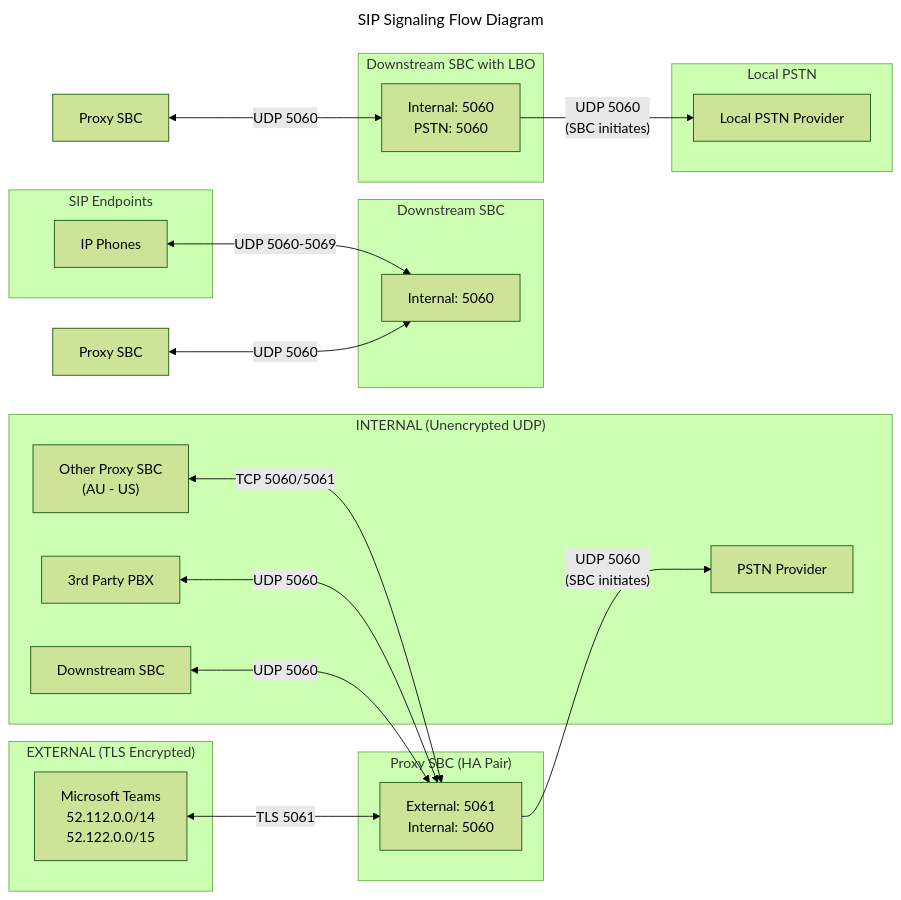
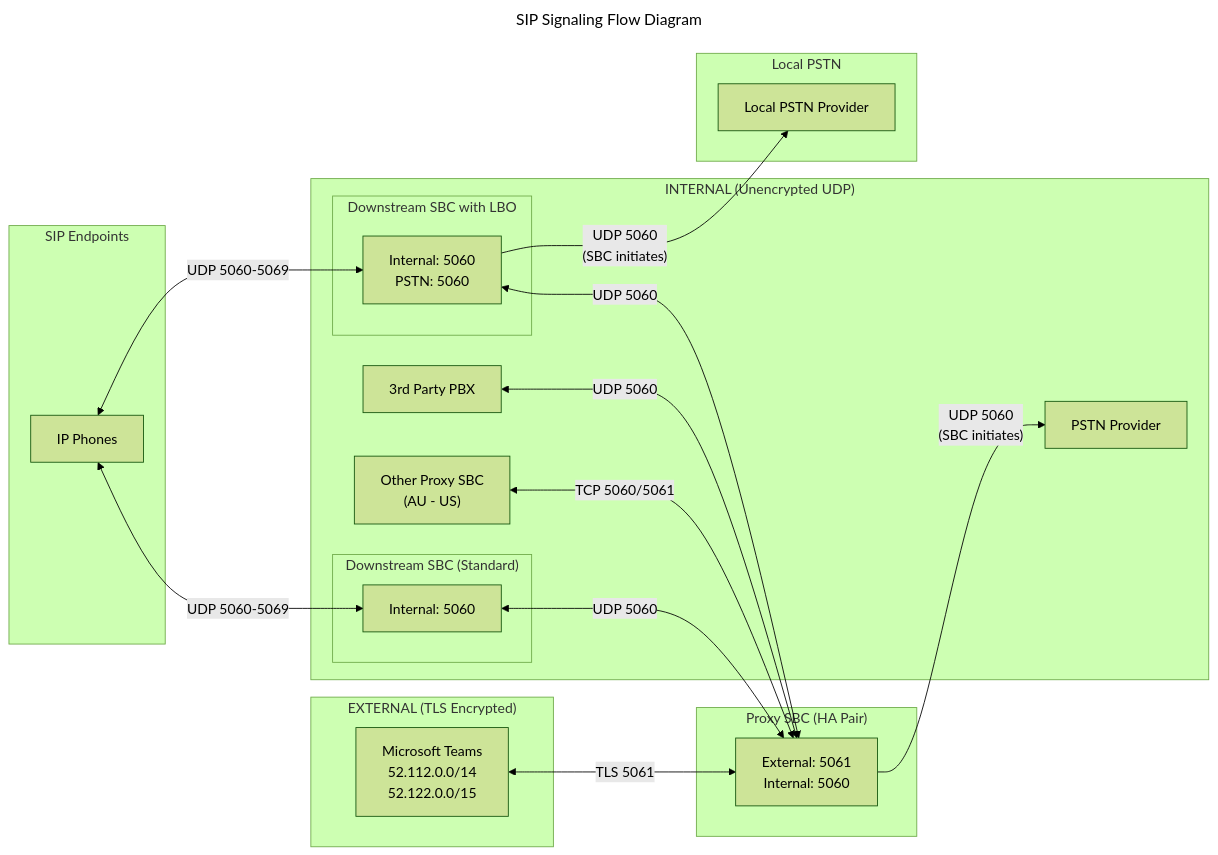
Before and after one commit to kevinsing999/public: diagram 13 of 26 in AudioCodes-AWS-Deployment-Guide.md, drawn with Mermaid (forest theme). The commit also changed other lines of this file and 12 other files, not shown here.

````diff
--- a/AudioCodes-AWS-Deployment-Guide.md
+++ b/AudioCodes-AWS-Deployment-Guide.md
@@ -3335,53 +3341,54 @@
 ```mermaid
 ---
 title: SIP Signaling Flow Diagram
 ---
 flowchart LR
     subgraph external["EXTERNAL (TLS Encrypted)"]
         Teams["Microsoft Teams<br/>52.112.0.0/14<br/>52.122.0.0/15"]
     end
 
+    subgraph proxy["Proxy SBC (HA Pair)"]
+        ProxySBC["External: 5061<br/>Internal: 5060"]
+    end
+
     subgraph internal["INTERNAL (Unencrypted UDP)"]
-        DownstreamSBC["Downstream SBC"]
         PSTN["PSTN Provider"]
         PBX["3rd Party PBX"]
         OtherProxy["Other Proxy SBC<br/>(AU - US)"]
+
+        subgraph downstream["Downstream SBC (Standard)"]
+            DownstreamSBC["Internal: 5060"]
+        end
+
+        subgraph downstreamLBO["Downstream SBC with LBO"]
+            DownstreamLBO["Internal: 5060<br/>PSTN: 5060"]
+        end
     end
 
-    subgraph proxy["Proxy SBC (HA Pair)"]
-        ProxySBC["External: 5061<br/>Internal: 5060"]
+    subgraph endpoints["SIP Endpoints"]
+        IPPhones["IP Phones"]
+    end
+
+    subgraph localPSTN["Local PSTN"]
+        LocalProvider["Local PSTN Provider"]
     end
 
     %% External TLS - Bidirectional
     Teams <-->|"TLS 5061"| ProxySBC
 
     %% Internal UDP - Bidirectional
     DownstreamSBC <-->|"UDP 5060"| ProxySBC
     PBX <-->|"UDP 5060"| ProxySBC
     OtherProxy <-->|"TCP 5060/5061"| ProxySBC
+    DownstreamLBO <-->|"UDP 5060"| ProxySBC
 
     %% Internal UDP - Unidirectional (SBC initiates)
     ProxySBC -->|"UDP 5060<br/>(SBC initiates)"| PSTN
 
-    subgraph downstream["Downstream SBC"]
-        DownstreamSBC2["Internal: 5060"]
-    end
+    %% Downstream endpoints
+    IPPhones <-->|"UDP 5060-5069"| DownstreamSBC
+    IPPhones <-->|"UDP 5060-5069"| DownstreamLBO
 
-    subgraph endpoints["SIP Endpoints"]
-        IPPhones["IP Phones"]
-    end
-
-    ProxySBC2["Proxy SBC"] <-->|"UDP 5060"| DownstreamSBC2
-    IPPhones <-->|"UDP 5060-5069"| DownstreamSBC2
-
-    subgraph downstreamLBO["Downstream SBC with LBO"]
-        DownstreamLBO["Internal: 5060<br/>PSTN: 5060"]
-    end
-
-    subgraph localPSTN["Local PSTN"]
-        LocalProvider["Local PSTN Provider"]
-    end
-
-    ProxySBC3["Proxy SBC"] <-->|"UDP 5060"| DownstreamLBO
+    %% LBO to local PSTN
     DownstreamLBO -->|"UDP 5060<br/>(SBC initiates)"| LocalProvider
 ```
````
